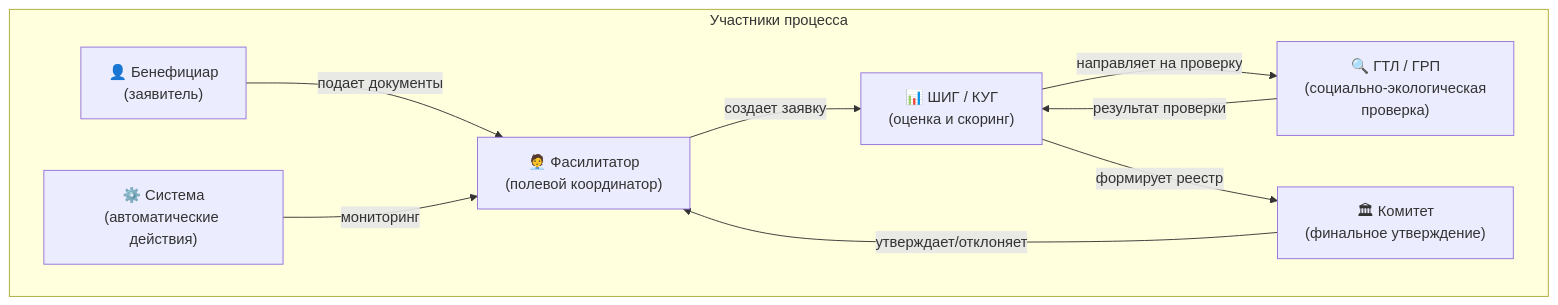
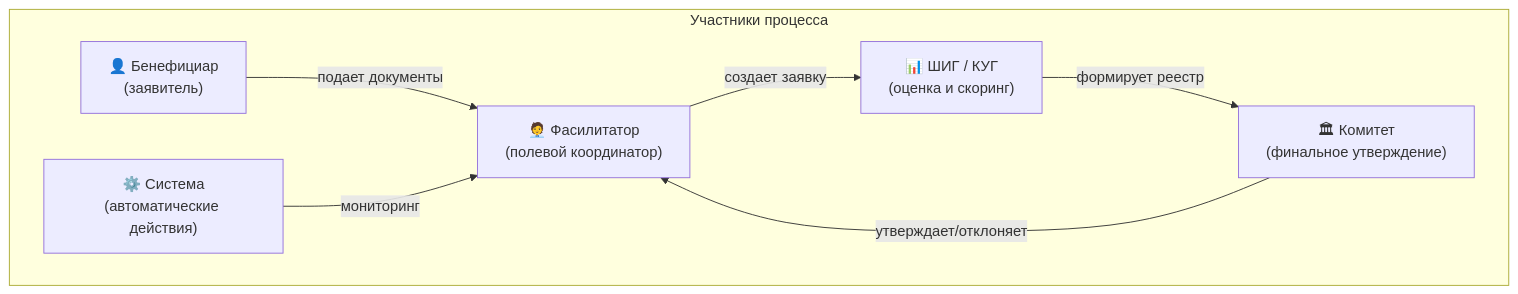
Before and after one commit to firka-kh/eip-test: the first of 15 diagrams in docs/BUSINESS-PROCESSES.md, drawn with Mermaid. The commit also changed other lines of this file and 51 other files, not shown here.

````diff
--- a/docs/BUSINESS-PROCESSES.md
+++ b/docs/BUSINESS-PROCESSES.md
@@ -27,19 +27,16 @@
 ```mermaid
 graph TB
     subgraph "Участники процесса"
         B["👤 Бенефициар<br/>(заявитель)"]
         F["🧑‍💼 Фасилитатор<br/>(полевой координатор)"]
         G["📊 ШИГ / КУГ<br/>(оценка и скоринг)"]
-        P["🔍 ГТЛ / ГРП<br/>(социально-экологическая<br/>проверка)"]
         C["🏛 Комитет<br/>(финальное утверждение)"]
         S["⚙️ Система<br/>(автоматические действия)"]
     end
 
     B -->|подает документы| F
     F -->|создает заявку| G
-    G -->|направляет на проверку| P
-    P -->|результат проверки| G
     G -->|формирует реестр| C
     C -->|утверждает/отклоняет| F
     S -->|мониторинг| F
 ```
````
